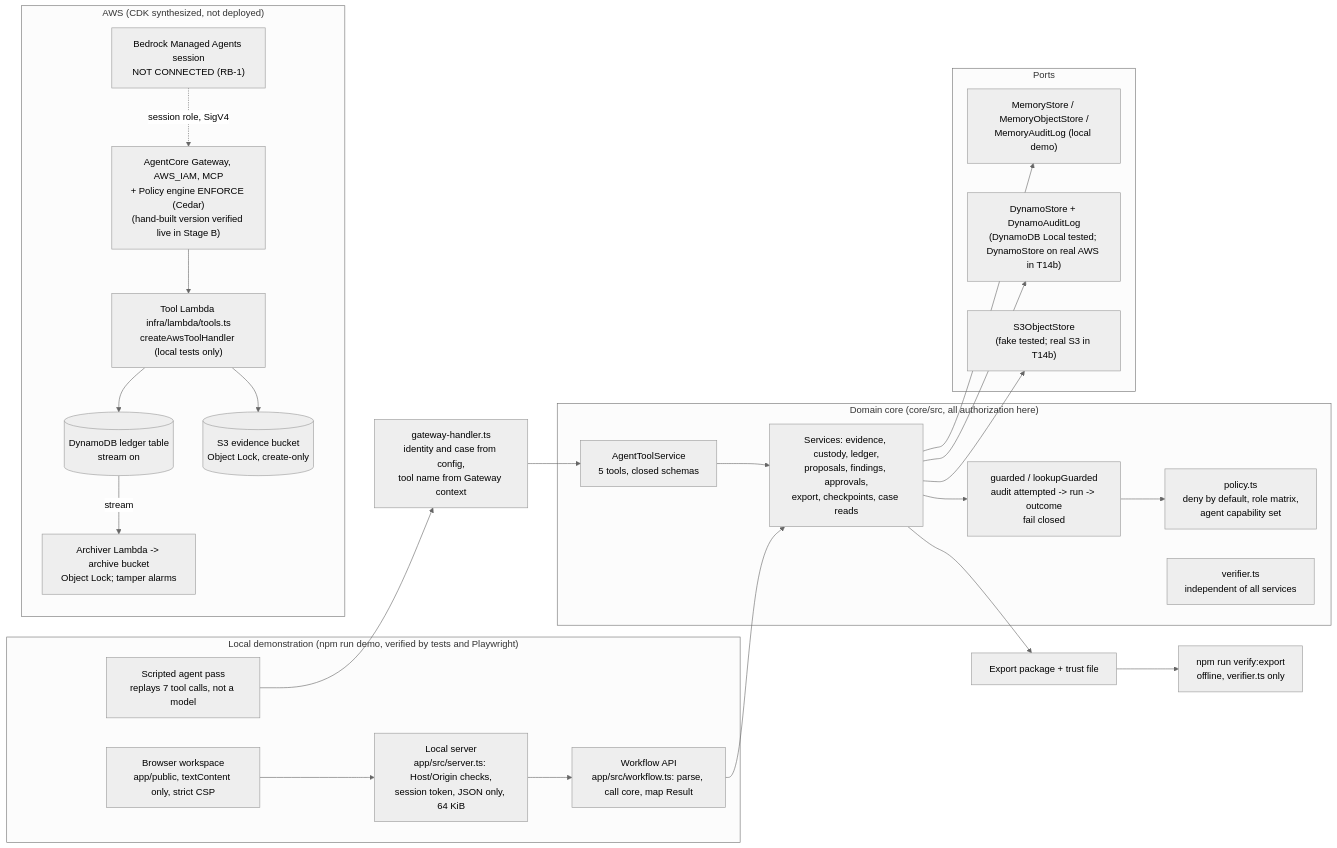
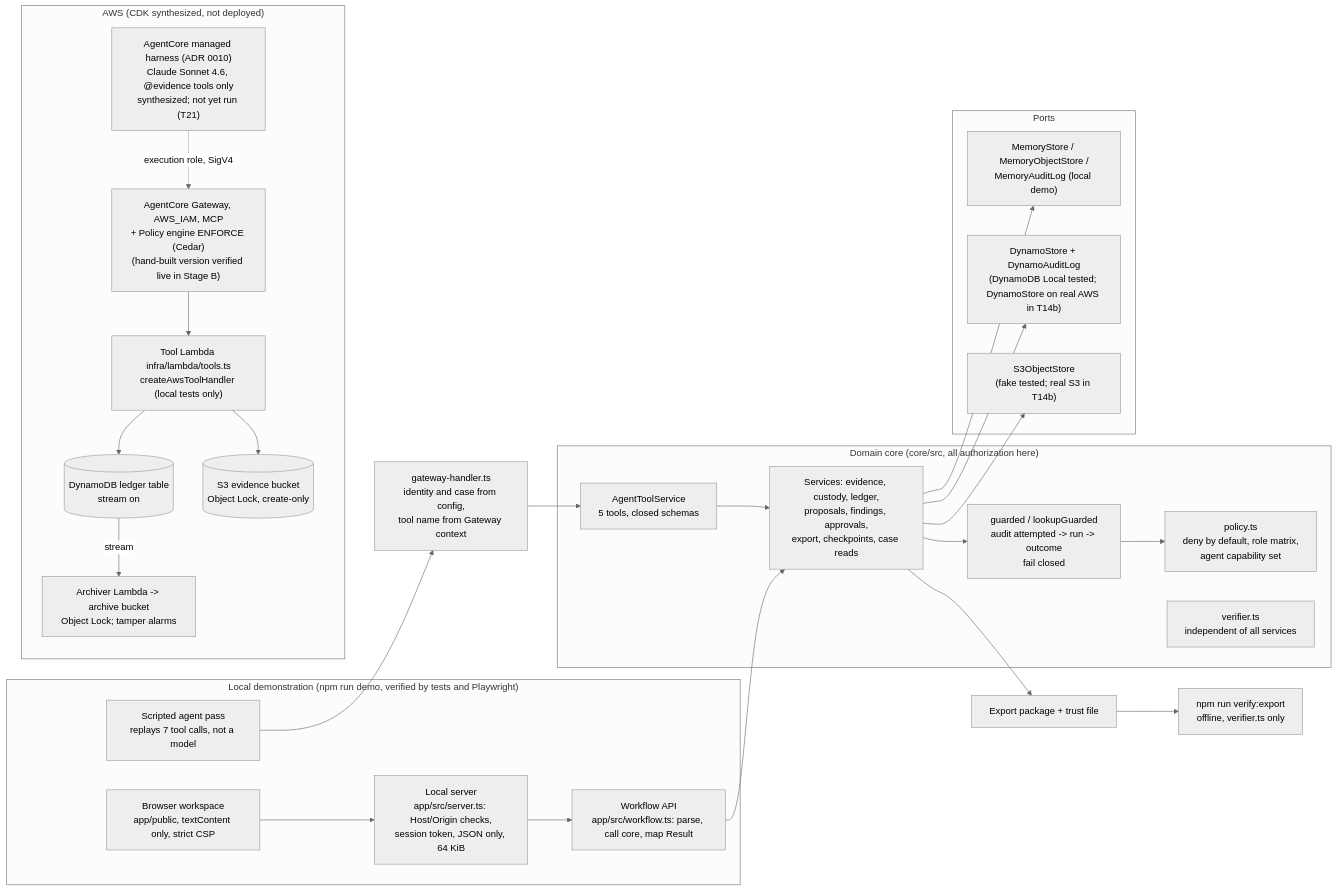
One commit to kcasko/chain-of-custody changed the diagram in docs/ARCHITECTURE.md. Above: the diagram before and after it, drawn with Mermaid (neutral theme). The commit also changed other lines of this file and 24 other files, not shown here.

````diff
--- a/docs/ARCHITECTURE.md
+++ b/docs/ARCHITECTURE.md
@@ -7,51 +7,51 @@
 ```mermaid
 flowchart LR
   subgraph Local["Local demonstration (npm run demo, verified by tests and Playwright)"]
     B["Browser workspace<br/>app/public, textContent only, strict CSP"]
     S["Local server<br/>app/src/server.ts: Host/Origin checks,<br/>session token, JSON only, 64 KiB"]
     W["Workflow API<br/>app/src/workflow.ts: parse, call core, map Result"]
     SA["Scripted agent pass<br/>replays 7 tool calls, not a model"]
     B --> S --> W
   end
 
   subgraph Core["Domain core (core/src, all authorization here)"]
     P["policy.ts<br/>deny by default, role matrix,<br/>agent capability set"]
     G["guarded / lookupGuarded<br/>audit attempted -> run -> outcome<br/>fail closed"]
     SV["Services: evidence, custody, ledger,<br/>proposals, findings, approvals,<br/>export, checkpoints, case reads"]
     T["AgentToolService<br/>5 tools, closed schemas"]
     V["verifier.ts<br/>independent of all services"]
     G --> P
     SV --> G
     T --> SV
   end
 
   W --> SV
   SA --> GH
   GH["gateway-handler.ts<br/>identity and case from config,<br/>tool name from Gateway context"] --> T
 
   subgraph Ports["Ports"]
     MS["MemoryStore / MemoryObjectStore /<br/>MemoryAuditLog (local demo)"]
     DS["DynamoStore + DynamoAuditLog<br/>(DynamoDB Local tested; DynamoStore on real AWS in T14b)"]
     S3["S3ObjectStore<br/>(fake tested; real S3 in T14b)"]
   end
   SV --> MS
   SV --> DS
   SV --> S3
 
   subgraph AWS["AWS (CDK synthesized, not deployed)"]
-    BMA["Bedrock Managed Agents session<br/>NOT CONNECTED (RB-1)"]
+    BMA["AgentCore managed harness (ADR 0010)<br/>Claude Sonnet 4.6, @evidence tools only<br/>synthesized; not yet run (T21)"]
     GW["AgentCore Gateway, AWS_IAM, MCP<br/>+ Policy engine ENFORCE (Cedar)<br/>(hand-built version verified live in Stage B)"]
     L["Tool Lambda infra/lambda/tools.ts<br/>createAwsToolHandler (local tests only)"]
     DDB[("DynamoDB ledger table<br/>stream on")]
     EB[("S3 evidence bucket<br/>Object Lock, create-only")]
     AR["Archiver Lambda -> archive bucket<br/>Object Lock; tamper alarms"]
-    BMA -.->|session role, SigV4| GW
+    BMA -.->|execution role, SigV4| GW
     GW --> L
     L --> DDB
     L --> EB
     DDB -->|stream| AR
   end
 
   E["Export package + trust file"] --> CLI["npm run verify:export<br/>offline, verifier.ts only"]
   SV --> E
 ```
````
